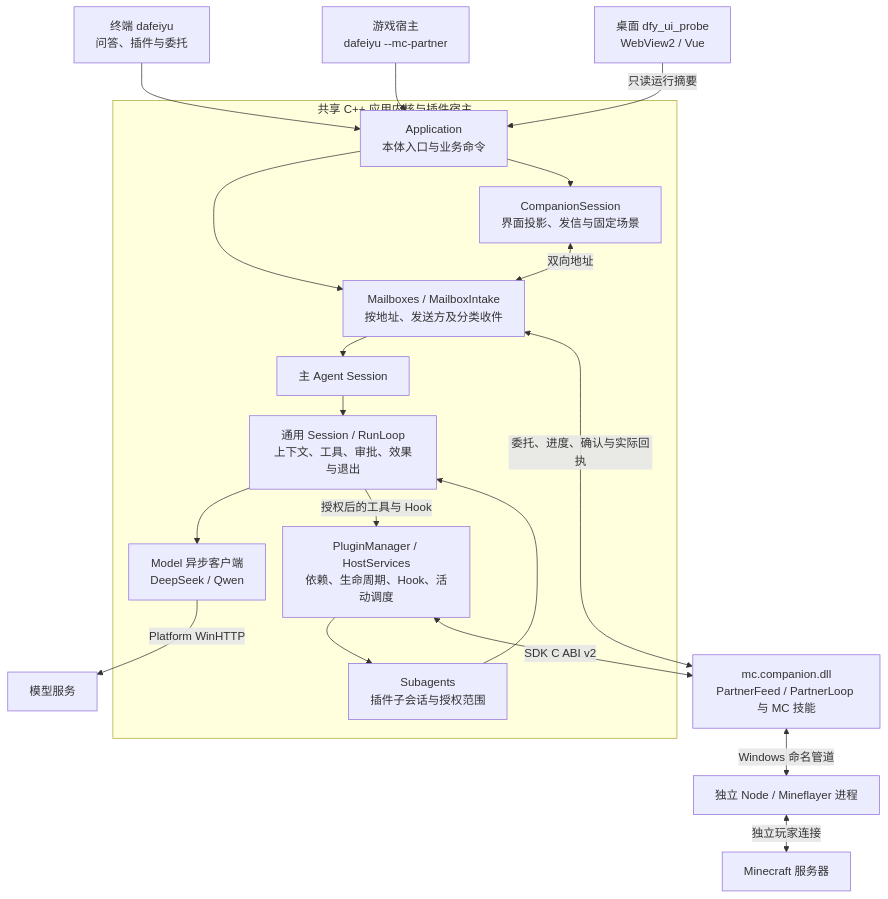
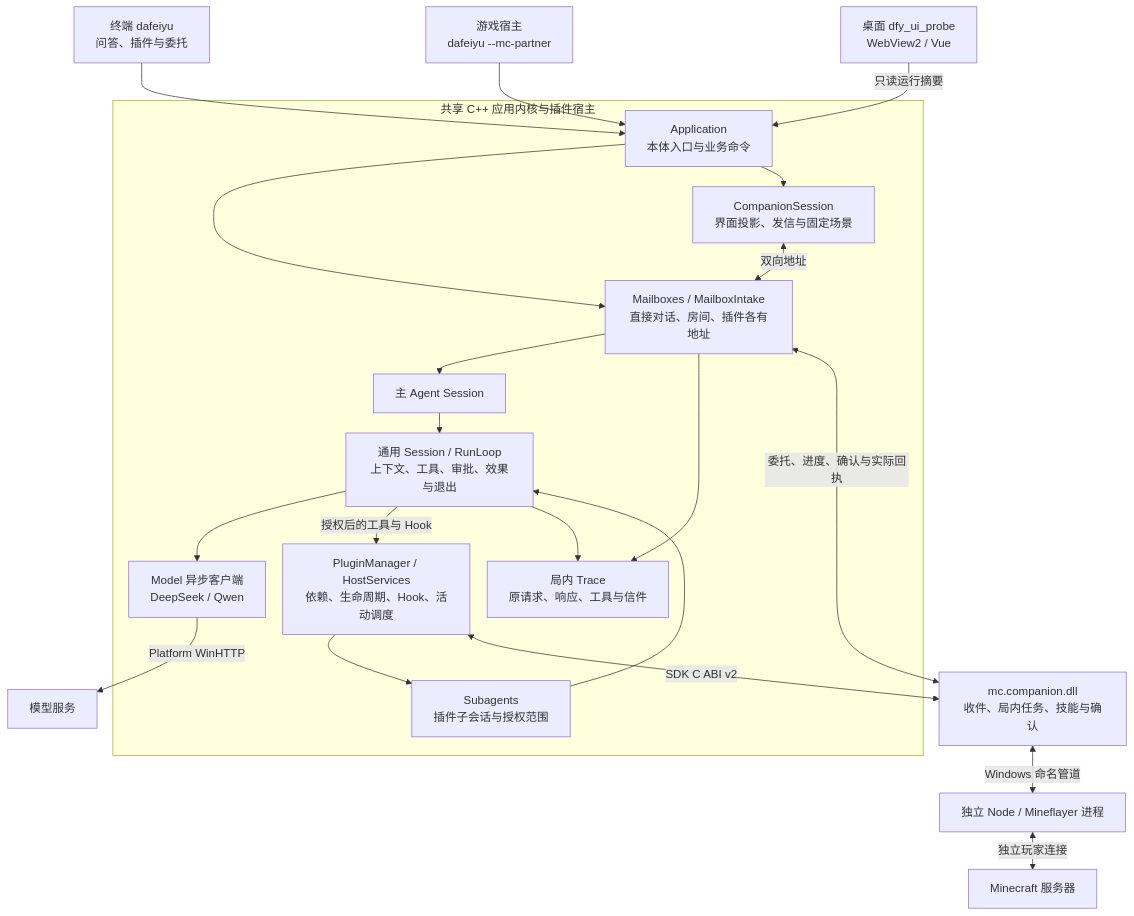
The first of 5 diagrams in docs/architecture.md (AuraKaliya/DaFeiYu-), drawn with Mermaid before and after one commit. The commit also changed other lines of this file and 3 other files, not shown here.

First line of the commit message:
docs: 交付陪玩架构图与分步验收入口

````diff
--- a/docs/architecture.md
+++ b/docs/architecture.md
@@ -9,42 +9,45 @@
 ```mermaid
 ---
 config:
   flowchart:
     rankSpacing: 28
     nodeSpacing: 24
 ---
 flowchart TB
     Terminal["终端 dafeiyu<br/>问答、插件与委托"]
     GameHost["游戏宿主<br/>dafeiyu --mc-partner"]
     Gui["桌面 dfy_ui_probe<br/>WebView2 / Vue"]
 
     subgraph Host["共享 C++ 应用内核与插件宿主"]
         App["Application<br/>本体入口与业务命令"]
-        Intake["Mailboxes / MailboxIntake<br/>按地址、发送方及分类收件"]
+        Intake["Mailboxes / MailboxIntake<br/>直接对话、房间、插件各有地址"]
         Partner["CompanionSession<br/>界面投影、发信与固定场景"]
         Main["主 Agent Session"]
         Child["Subagents<br/>插件子会话与授权范围"]
         Agent["通用 Session / RunLoop<br/>上下文、工具、审批、效果与退出"]
         Plugins["PluginManager / HostServices<br/>依赖、生命周期、Hook、活动调度"]
         Model["Model 异步客户端<br/>DeepSeek / Qwen"]
+        Trace["局内 Trace<br/>原请求、响应、工具与信件"]
         App --> Intake
         Intake --> Main
         App --> Partner
         Partner <-->|双向地址| Intake
         Main --> Agent
         Child --> Agent
         Agent --> Model
         Agent -->|授权后的工具与 Hook| Plugins
         Plugins --> Child
+        Intake --> Trace
+        Agent --> Trace
     end
-    Mc["mc.companion.dll<br/>PartnerFeed / PartnerLoop 与 MC 技能"]
+    Mc["mc.companion.dll<br/>收件、局内任务、技能与确认"]
     Plugins <-->|SDK C ABI v2| Mc
     Mc <-->|委托、进度、确认与实际回执| Intake
 
     Terminal --> App
     GameHost --> App
     Gui -->|只读运行摘要| App
     Model -->|Platform WinHTTP| Service["模型服务"]
     Mc <-->|Windows 命名管道| Bridge["独立 Node / Mineflayer 进程"]
     Bridge <-->|独立玩家连接| Minecraft["Minecraft 服务器"]
 ```
````
